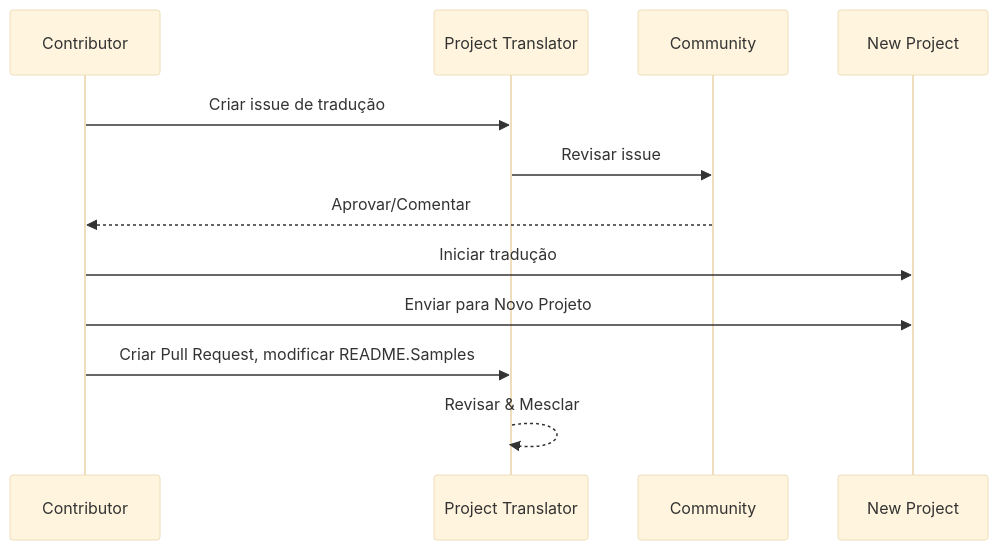
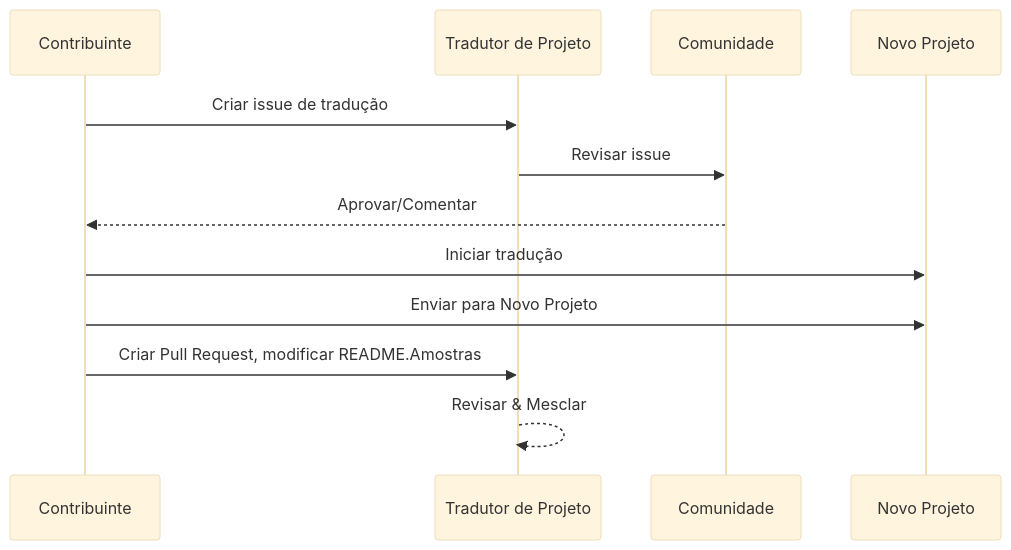
Before and after one commit to Project-Translation/project_translator: the diagram in readmes/README.pt-br.md, drawn with Mermaid (base theme). The commit also changed other lines of this file and 36 other files, not shown here.

````diff
--- a/readmes/README.pt-br.md
+++ b/readmes/README.pt-br.md
@@ -42,10 +42,10 @@
 ```mermaid
 sequenceDiagram
-  Contributor->>Project Translator: Criar issue de tradução
-  Project Translator->>Community: Revisar issue
-  Community-->>Contributor: Aprovar/Comentar
-  Contributor->>New Project: Iniciar tradução
-  Contributor->>New Project: Enviar para Novo Projeto
-  Contributor->>Project Translator: Criar Pull Request, modificar README.Samples
-  Project Translator-->>Project Translator: Revisar & Mesclar
+  Contribuinte->>Tradutor de Projeto: Criar issue de tradução
+  Tradutor de Projeto->>Comunidade: Revisar issue
+  Comunidade-->>Contribuinte: Aprovar/Comentar
+  Contribuinte->>Novo Projeto: Iniciar tradução
+  Contribuinte->>Novo Projeto: Enviar para Novo Projeto
+  Contribuinte->>Tradutor de Projeto: Criar Pull Request, modificar README.Amostras
+  Tradutor de Projeto-->>Tradutor de Projeto: Revisar & Mesclar
 ```
````
